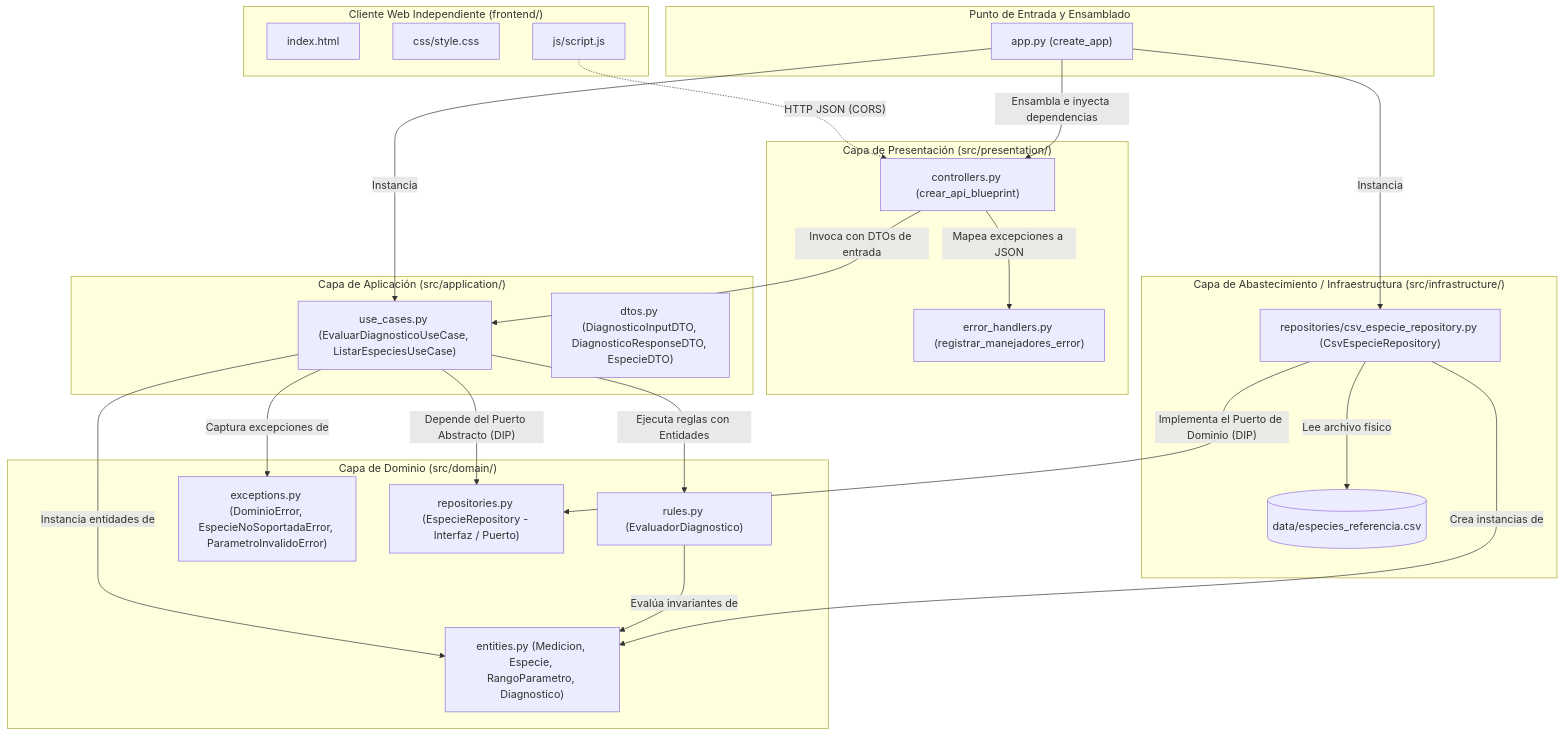
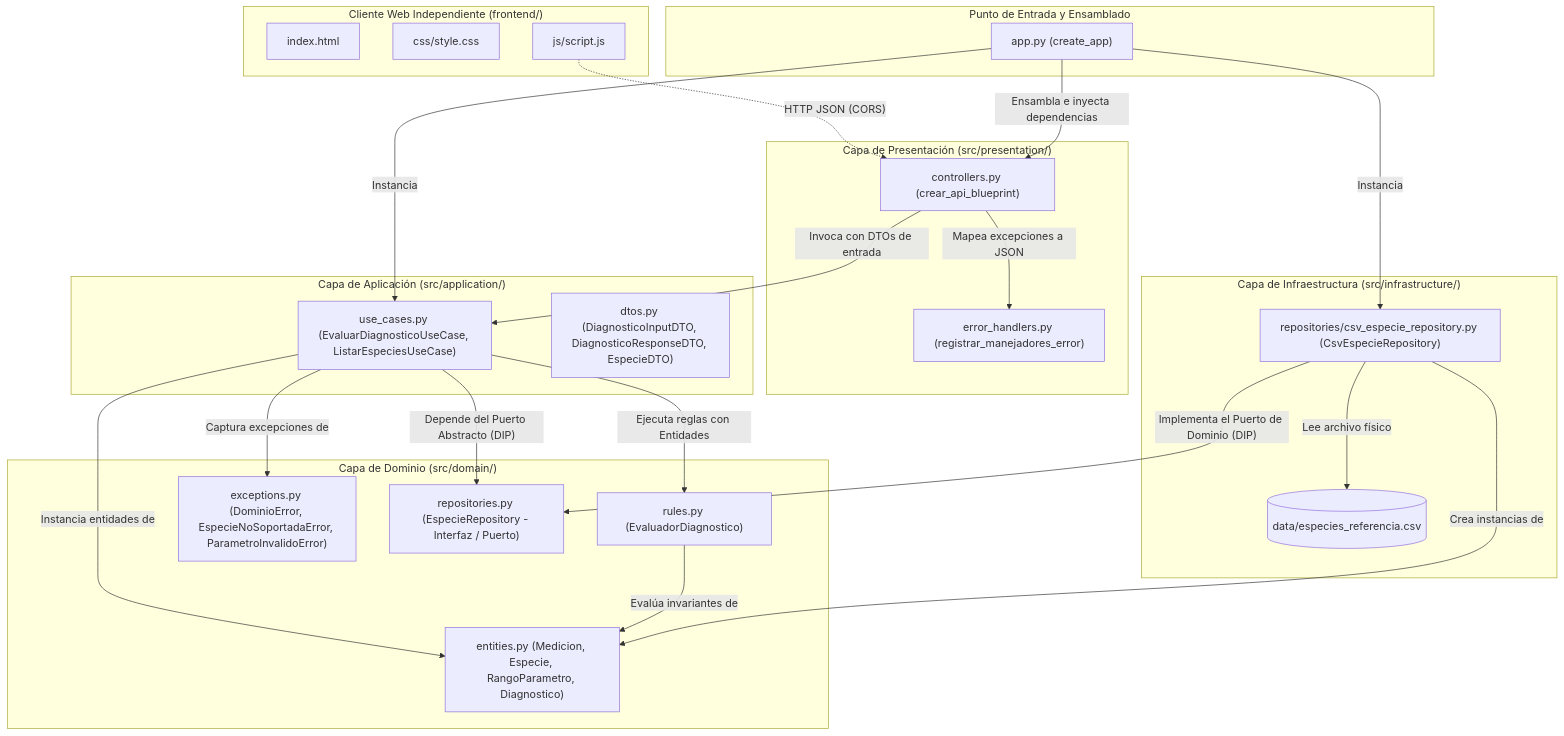
One commit to estebanstack/SmartPlantBase changed the first of 2 diagrams in docs/documento_arquitectura.md. Above: the diagram before and after it, drawn with Mermaid. The commit also changed other lines of this file and 6 other files, not shown here.

````diff
--- a/docs/documento_arquitectura.md
+++ b/docs/documento_arquitectura.md
@@ -11,50 +11,50 @@
 ```mermaid
 graph TD
     subgraph Frontend["Cliente Web Independiente (frontend/)"]
         F1["index.html"]
         F2["css/style.css"]
         F3["js/script.js"]
     end
 
     subgraph Presentation["Capa de Presentación (src/presentation/)"]
         P1["controllers.py (crear_api_blueprint)"]
         P2["error_handlers.py (registrar_manejadores_error)"]
     end
 
     subgraph Application["Capa de Aplicación (src/application/)"]
         A1["use_cases.py (EvaluarDiagnosticoUseCase, ListarEspeciesUseCase)"]
         A2["dtos.py (DiagnosticoInputDTO, DiagnosticoResponseDTO, EspecieDTO)"]
     end
 
     subgraph Domain["Capa de Dominio (src/domain/)"]
         D1["entities.py (Medicion, Especie, RangoParametro, Diagnostico)"]
         D2["rules.py (EvaluadorDiagnostico)"]
         D3["exceptions.py (DominioError, EspecieNoSoportadaError, ParametroInvalidoError)"]
         D4["repositories.py (EspecieRepository - Interfaz / Puerto)"]
     end
 
-    subgraph Abastecimiento["Capa de Abastecimiento / Infraestructura (src/infrastructure/)"]
+    subgraph Infrastructure["Capa de Infraestructura (src/infrastructure/)"]
         I1["repositories/csv_especie_repository.py (CsvEspecieRepository)"]
         DATA[("data/especies_referencia.csv")]
     end
 
     subgraph EntryPoint["Punto de Entrada y Ensamblado"]
         ROOT["app.py (create_app)"]
     end
 
     %% Relaciones de consumo y dependencia
     F3 -.->|"HTTP JSON (CORS)"| P1
     ROOT -->|"Ensambla e inyecta dependencias"| P1
     ROOT -->|"Instancia"| I1
     ROOT -->|"Instancia"| A1
     P1 -->|"Invoca con DTOs de entrada"| A1
     P1 -->|"Mapea excepciones a JSON"| P2
     A1 -->|"Depende del Puerto Abstracto (DIP)"| D4
     A1 -->|"Ejecuta reglas con Entidades"| D2
     A1 -->|"Instancia entidades de"| D1
     A1 -->|"Captura excepciones de"| D3
     D2 -->|"Evalúa invariantes de"| D1
     I1 -->|"Implementa el Puerto de Dominio (DIP)"| D4
     I1 -->|"Lee archivo físico"| DATA
     I1 -->|"Crea instancias de"| D1
 ```
````
